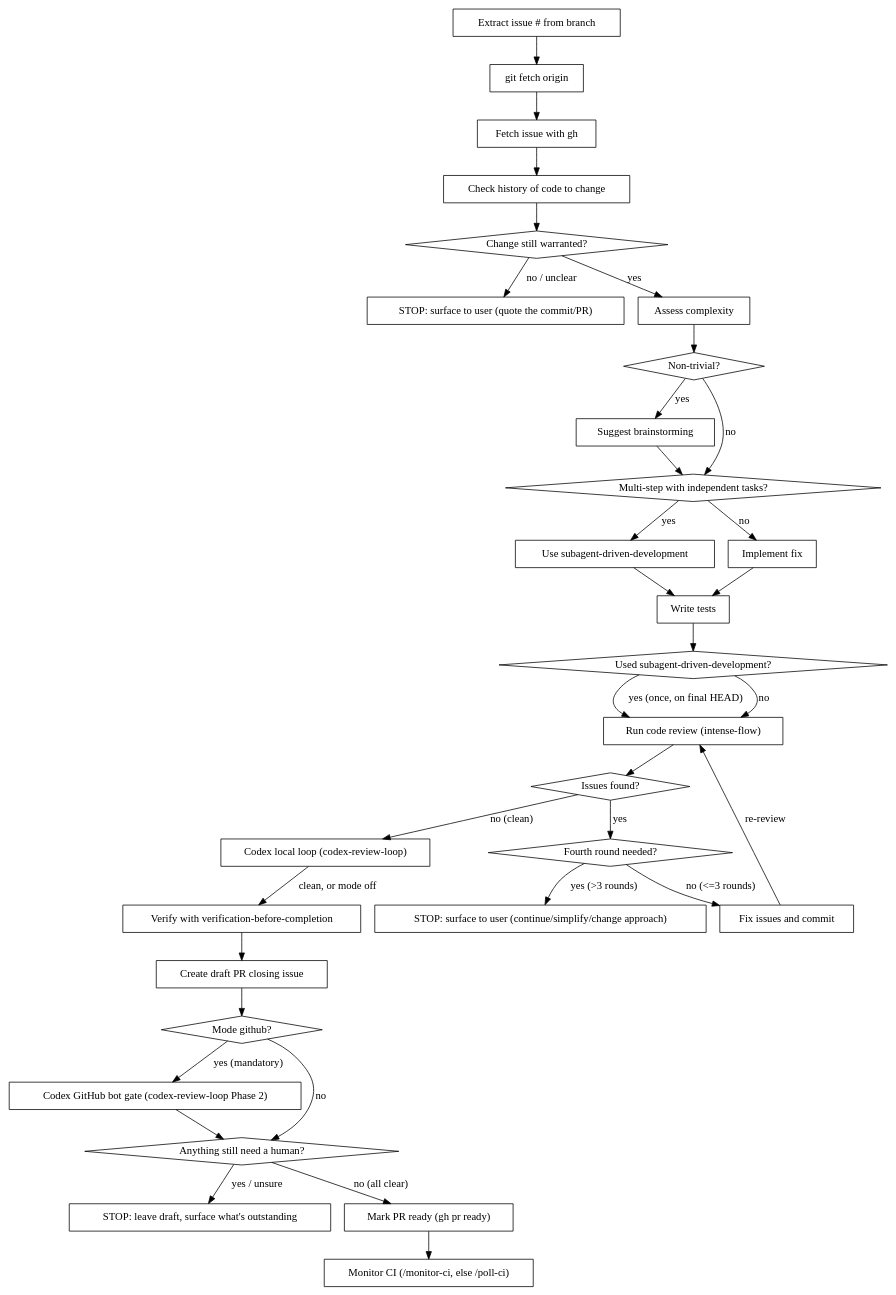
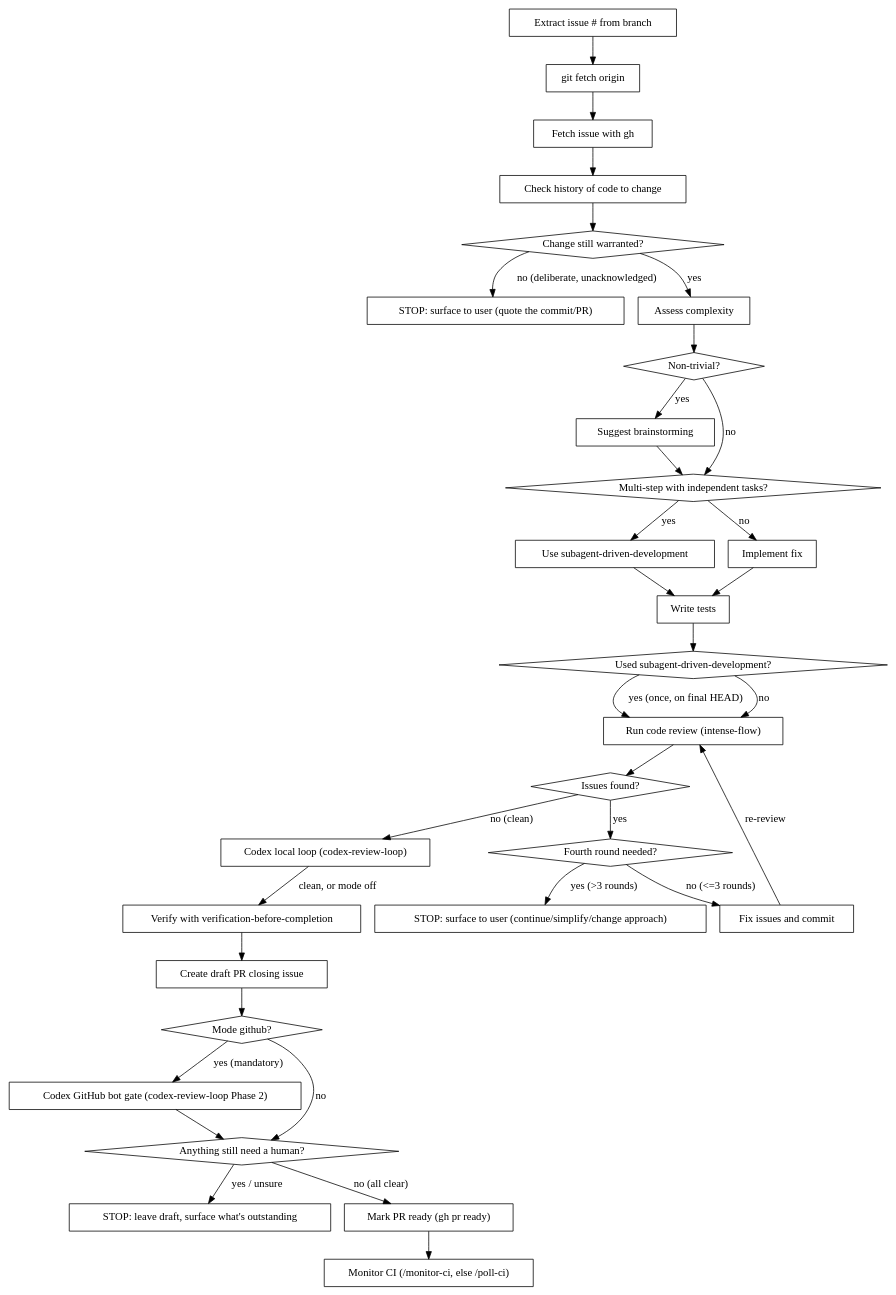
Before and after one commit to oalders/kitchen-sink: the diagram in commands/fix-gh-issue.md, drawn with Graphviz. The commit also changed other lines of this file and 1 other file, not shown here.

````diff
--- a/commands/fix-gh-issue.md
+++ b/commands/fix-gh-issue.md
@@ -72,65 +72,65 @@
 ```dot
 digraph fix_issue {
     "Extract issue # from branch" [shape=box];
     "git fetch origin" [shape=box];
     "Fetch issue with gh" [shape=box];
     "Check history of code to change" [shape=box];
     "Change still warranted?" [shape=diamond];
     "STOP: surface to user (quote the commit/PR)" [shape=box];
     "Assess complexity" [shape=box];
     "Non-trivial?" [shape=diamond];
     "Suggest brainstorming" [shape=box];
     "Multi-step with independent tasks?" [shape=diamond];
     "Use subagent-driven-development" [shape=box];
     "Implement fix" [shape=box];
     "Write tests" [shape=box];
     "Used subagent-driven-development?" [shape=diamond];
     "Run code review (intense-flow)" [shape=box];
     "Issues found?" [shape=diamond];
     "Fourth round needed?" [shape=diamond];
     "STOP: surface to user (continue/simplify/change approach)" [shape=box];
     "Fix issues and commit" [shape=box];
     "Codex local loop (codex-review-loop)" [shape=box];
     "Verify with verification-before-completion" [shape=box];
     "Create draft PR closing issue" [shape=box];
     "Mode github?" [shape=diamond];
     "Codex GitHub bot gate (codex-review-loop Phase 2)" [shape=box];
     "Anything still need a human?" [shape=diamond];
     "STOP: leave draft, surface what's outstanding" [shape=box];
     "Mark PR ready (gh pr ready)" [shape=box];
     "Monitor CI (/monitor-ci, else /poll-ci)" [shape=box];
 
     "Extract issue # from branch" -> "git fetch origin";
     "git fetch origin" -> "Fetch issue with gh";
     "Fetch issue with gh" -> "Check history of code to change";
     "Check history of code to change" -> "Change still warranted?";
-    "Change still warranted?" -> "STOP: surface to user (quote the commit/PR)" [label="no / unclear"];
+    "Change still warranted?" -> "STOP: surface to user (quote the commit/PR)" [label="no (deliberate, unacknowledged)"];
     "Change still warranted?" -> "Assess complexity" [label="yes"];
     "Assess complexity" -> "Non-trivial?";
     "Non-trivial?" -> "Suggest brainstorming" [label="yes"];
     "Non-trivial?" -> "Multi-step with independent tasks?" [label="no"];
     "Suggest brainstorming" -> "Multi-step with independent tasks?";
     "Multi-step with independent tasks?" -> "Use subagent-driven-development" [label="yes"];
     "Multi-step with independent tasks?" -> "Implement fix" [label="no"];
     "Use subagent-driven-development" -> "Write tests";
     "Implement fix" -> "Write tests";
     "Write tests" -> "Used subagent-driven-development?";
     "Used subagent-driven-development?" -> "Run code review (intense-flow)" [label="yes (once, on final HEAD)"];
     "Used subagent-driven-development?" -> "Run code review (intense-flow)" [label="no"];
     "Run code review (intense-flow)" -> "Issues found?" [shape=diamond];
     "Issues found?" -> "Fourth round needed?" [label="yes"];
     "Fourth round needed?" -> "STOP: surface to user (continue/simplify/change approach)" [label="yes (>3 rounds)"];
     "Fourth round needed?" -> "Fix issues and commit" [label="no (<=3 rounds)"];
     "Fix issues and commit" -> "Run code review (intense-flow)" [label="re-review"];
     "Issues found?" -> "Codex local loop (codex-review-loop)" [label="no (clean)"];
     "Codex local loop (codex-review-loop)" -> "Verify with verification-before-completion" [label="clean, or mode off"];
     "Verify with verification-before-completion" -> "Create draft PR closing issue";
     "Create draft PR closing issue" -> "Mode github?";
     "Mode github?" -> "Codex GitHub bot gate (codex-review-loop Phase 2)" [label="yes (mandatory)"];
     "Mode github?" -> "Anything still need a human?" [label="no"];
     "Codex GitHub bot gate (codex-review-loop Phase 2)" -> "Anything still need a human?";
     "Anything still need a human?" -> "STOP: leave draft, surface what's outstanding" [label="yes / unsure"];
     "Anything still need a human?" -> "Mark PR ready (gh pr ready)" [label="no (all clear)"];
     "Mark PR ready (gh pr ready)" -> "Monitor CI (/monitor-ci, else /poll-ci)";
 }
 ```
````
